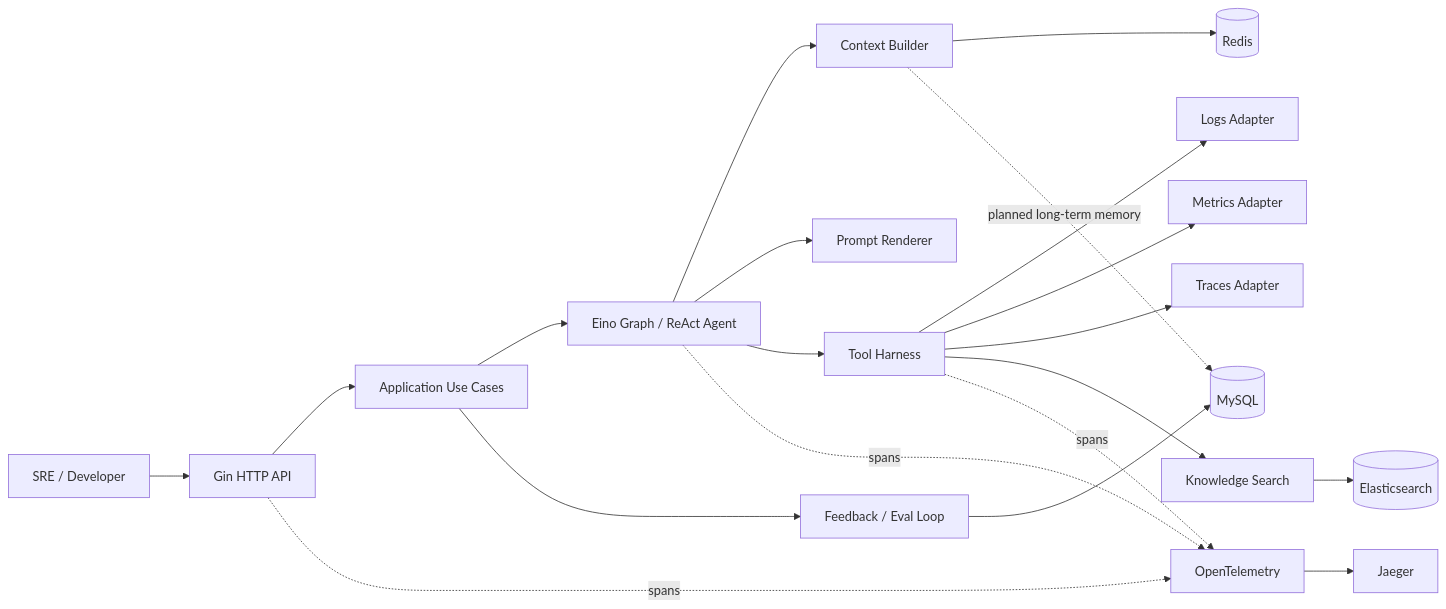
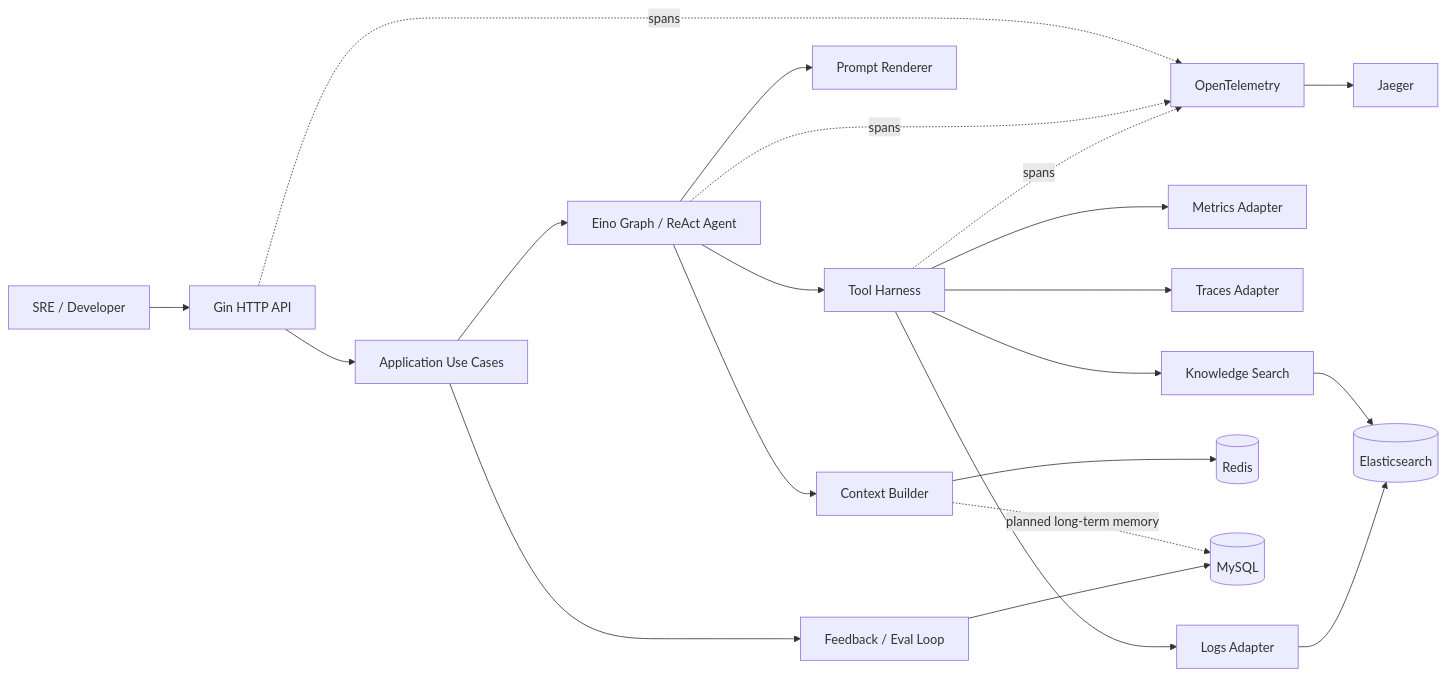
One commit to jiawei-wang-dev/WatchOps-Lite changed the first of 3 diagrams in docs/ARCHITECTURE.md. Above: the diagram before and after it, drawn with Mermaid. The commit also changed other lines of this file and 26 other files, not shown here.

````diff
--- a/docs/ARCHITECTURE.md
+++ b/docs/ARCHITECTURE.md
@@ -7,22 +7,23 @@
 ```mermaid
 flowchart LR
     U["SRE / Developer"] --> API["Gin HTTP API"]
     API --> APP["Application Use Cases"]
     APP --> AGENT["Eino Graph / ReAct Agent"]
     AGENT --> CTX["Context Builder"]
     AGENT --> PROMPT["Prompt Renderer"]
     AGENT --> HARNESS["Tool Harness"]
     HARNESS --> LOGS["Logs Adapter"]
     HARNESS --> METRICS["Metrics Adapter"]
     HARNESS --> TRACES["Traces Adapter"]
     HARNESS --> RAG["Knowledge Search"]
     CTX --> REDIS[("Redis")]
     CTX -. planned long-term memory .-> MYSQL[("MySQL")]
     RAG --> ES[("Elasticsearch")]
+    LOGS --> ES
     APP --> FEEDBACK["Feedback / Eval Loop"]
     FEEDBACK --> MYSQL
     API -. spans .-> OTEL["OpenTelemetry"]
     AGENT -. spans .-> OTEL
     HARNESS -. spans .-> OTEL
     OTEL --> JAEGER["Jaeger"]
 ```
````
